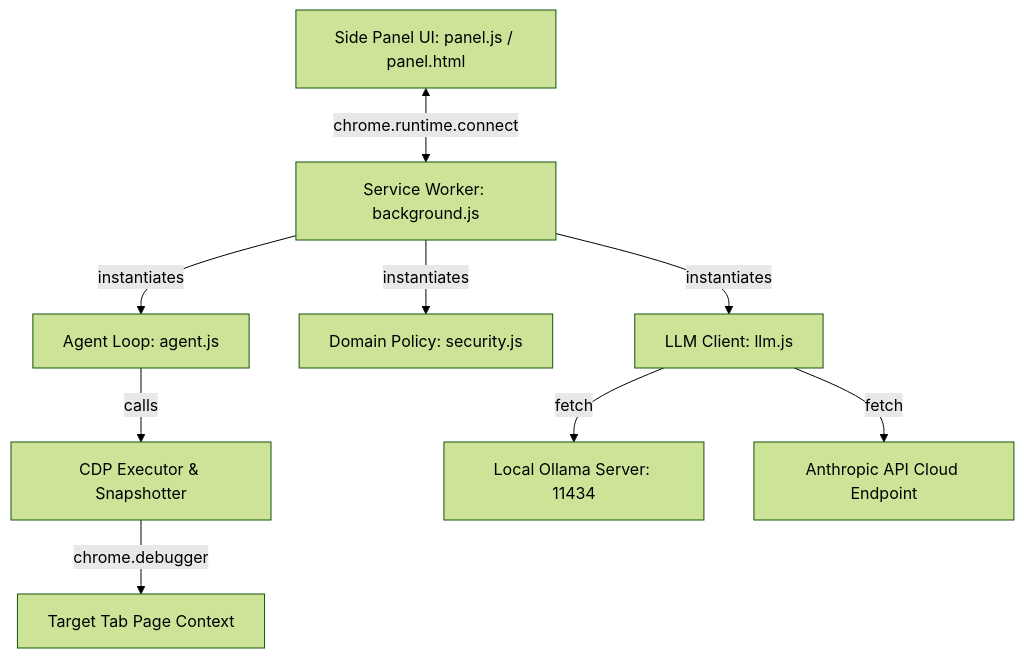
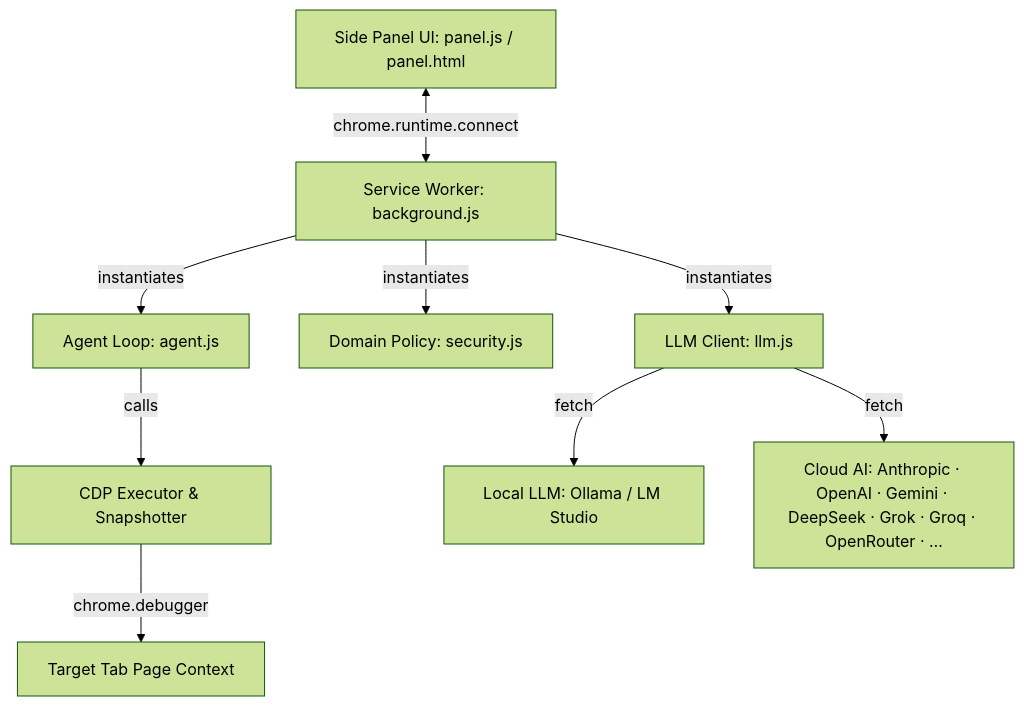
The diagram in README.md (zrnge/navybrowser), drawn with Mermaid (forest theme) before and after one commit. The commit also changed other lines of this file and 13 other files, not shown here.

````diff
--- a/README.md
+++ b/README.md
@@ -29,11 +32,11 @@
 ```mermaid
 graph TD
     PanelUI[Side Panel UI: panel.js / panel.html] <-->|chrome.runtime.connect| SW[Service Worker: background.js]
     SW -->|instantiates| Agent[Agent Loop: agent.js]
     SW -->|instantiates| Security[Domain Policy: security.js]
     SW -->|instantiates| LLM[LLM Client: llm.js]
     Agent -->|calls| SW_CDP[CDP Executor & Snapshotter]
     SW_CDP -->|chrome.debugger| Browser[Target Tab Page Context]
-    LLM -->|fetch| Ollama[Local Ollama Server: 11434]
-    LLM -->|fetch| Anthropic[Anthropic API Cloud Endpoint]
+    LLM -->|fetch| Local[Local LLM: Ollama / LM Studio]
+    LLM -->|fetch| Cloud[Cloud AI: Anthropic · OpenAI · Gemini · DeepSeek · Grok · Groq · OpenRouter · …]
 ```
````
